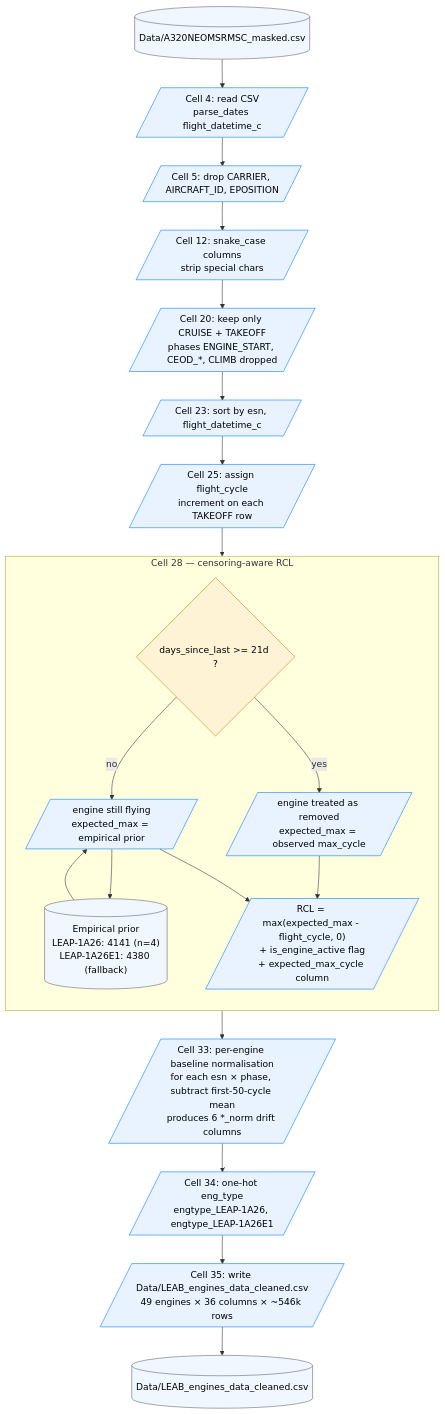
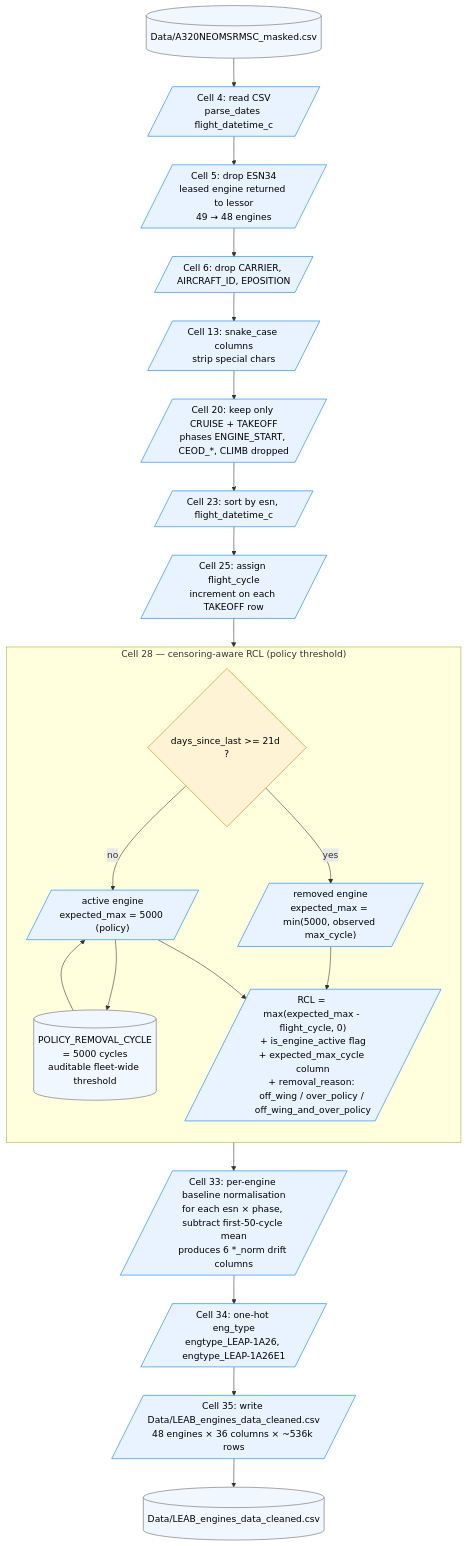
Before and after one commit to mhassan18015/Aircraft-Engine-Removal-Forecast: the second of 6 diagrams in FLOWCHARTS.md, drawn with Mermaid. The commit also changed other lines of this file and 6 other files, not shown here.

````diff
--- a/FLOWCHARTS.md
+++ b/FLOWCHARTS.md
@@ -99,39 +99,40 @@
 ```mermaid
 flowchart TD
     classDef step fill:#e8f3ff,stroke:#007BFF,color:#000
     classDef decision fill:#fff3d6,stroke:#b8860b,color:#000
     classDef data fill:#f0f7ff,stroke:#666,color:#000
 
     Raw[("Data/A320NEOMSRMSC_masked.csv")]:::data
 
     Load[/"Cell 4: read CSV<br/>parse_dates flight_datetime_c"/]:::step
-    Drop[/"Cell 5: drop CARRIER, AIRCRAFT_ID, EPOSITION"/]:::step
-    Rename[/"Cell 12: snake_case columns<br/>strip special chars"/]:::step
+    ExcludeESN34[/"Cell 5: drop ESN34<br/>leased engine returned to lessor<br/>49 → 48 engines"/]:::step
+    Drop[/"Cell 6: drop CARRIER, AIRCRAFT_ID, EPOSITION"/]:::step
+    Rename[/"Cell 13: snake_case columns<br/>strip special chars"/]:::step
     PhaseFilter[/"Cell 20: keep only CRUISE + TAKEOFF<br/>phases ENGINE_START, CEOD_*, CLIMB dropped"/]:::step
     Sort[/"Cell 23: sort by esn, flight_datetime_c"/]:::step
     Cycle[/"Cell 25: assign flight_cycle<br/>increment on each TAKEOFF row"/]:::step
 
-    subgraph CensoringFix ["Cell 28 — censoring-aware RCL"]
+    subgraph CensoringFix ["Cell 28 — censoring-aware RCL (policy threshold)"]
         direction TB
         D1{"days_since_last >= 21d ?"}:::decision
-        Removed[/"engine treated as removed<br/>expected_max = observed max_cycle"/]:::step
-        Active[/"engine still flying<br/>expected_max = empirical prior"/]:::step
-        Prior[("Empirical prior<br/>LEAP-1A26: 4141 (n=4)<br/>LEAP-1A26E1: 4380 (fallback)")]:::data
+        Removed[/"removed engine<br/>expected_max = min(5000, observed max_cycle)"/]:::step
+        Active[/"active engine<br/>expected_max = 5000 (policy)"/]:::step
+        Policy[("POLICY_REMOVAL_CYCLE<br/>= 5000 cycles<br/>auditable fleet-wide threshold")]:::data
         D1 -- yes --> Removed
         D1 -- no --> Active
-        Active --> Prior
-        Prior --> Active
+        Active --> Policy
+        Policy --> Active
         Removed --> RCL
         Active --> RCL
-        RCL[/"RCL = max(expected_max - flight_cycle, 0)<br/>+ is_engine_active flag<br/>+ expected_max_cycle column"/]:::step
+        RCL[/"RCL = max(expected_max - flight_cycle, 0)<br/>+ is_engine_active flag<br/>+ expected_max_cycle column<br/>+ removal_reason: off_wing / over_policy / off_wing_and_over_policy"/]:::step
     end
 
     NormStep[/"Cell 33: per-engine baseline normalisation<br/>for each esn × phase, subtract first-50-cycle mean<br/>produces 6 *_norm drift columns"/]:::step
     OneHot[/"Cell 34: one-hot eng_type<br/>engtype_LEAP-1A26, engtype_LEAP-1A26E1"/]:::step
-    Save[/"Cell 35: write Data/LEAB_engines_data_cleaned.csv<br/>49 engines × 36 columns × ~546k rows"/]:::step
+    Save[/"Cell 35: write Data/LEAB_engines_data_cleaned.csv<br/>48 engines × 36 columns × ~536k rows"/]:::step
 
     Cleaned[("Data/LEAB_engines_data_cleaned.csv")]:::data
 
-    Raw --> Load --> Drop --> Rename --> PhaseFilter --> Sort --> Cycle --> CensoringFix
+    Raw --> Load --> ExcludeESN34 --> Drop --> Rename --> PhaseFilter --> Sort --> Cycle --> CensoringFix
     CensoringFix --> NormStep --> OneHot --> Save --> Cleaned
 ```
````
